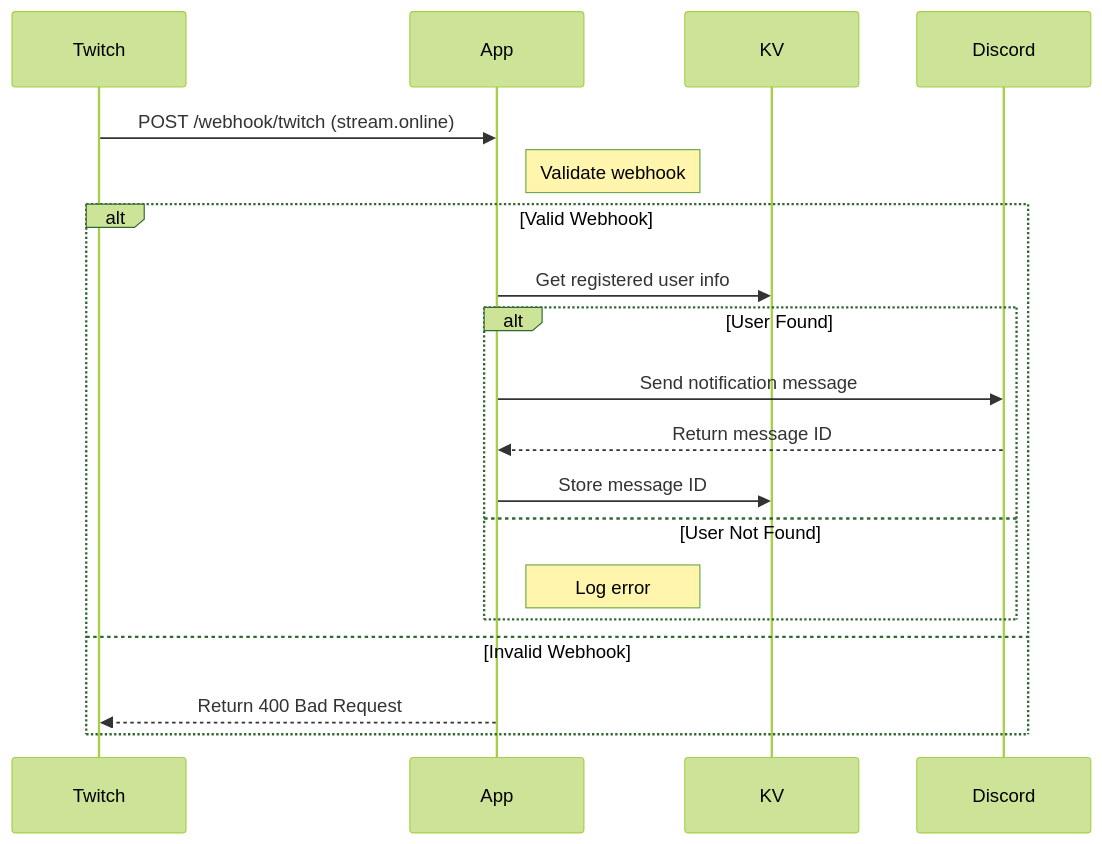
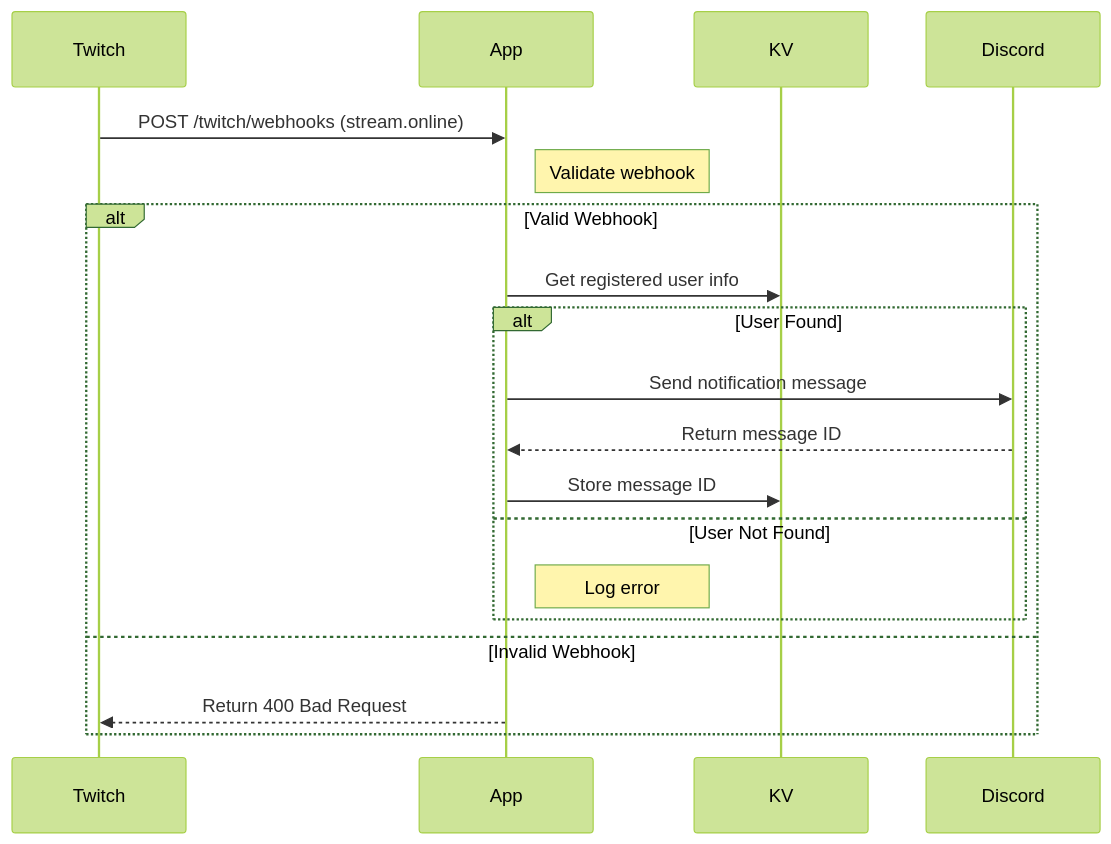
One commit to AquiTCD/live-noti-fire changed the second of 2 diagrams in README.md. Above: the diagram before and after it, drawn with Mermaid (forest theme). The commit also changed other lines of this file, not shown here.

````diff
--- a/README.md
+++ b/README.md
@@ -163,25 +207,25 @@
 ```mermaid
 sequenceDiagram
     participant Twitch
     participant App
     participant KV
     participant Discord
 
-    Twitch->>App: POST /webhook/twitch (stream.online)
+    Twitch->>App: POST /twitch/webhooks (stream.online)
     Note right of App: Validate webhook
 
     alt Valid Webhook
         App->>KV: Get registered user info
 
         alt User Found
             App->>Discord: Send notification message
             Discord-->>App: Return message ID
             App->>KV: Store message ID
         else User Not Found
             Note right of App: Log error
         end
 
     else Invalid Webhook
         App-->>Twitch: Return 400 Bad Request
     end
 ```
````
